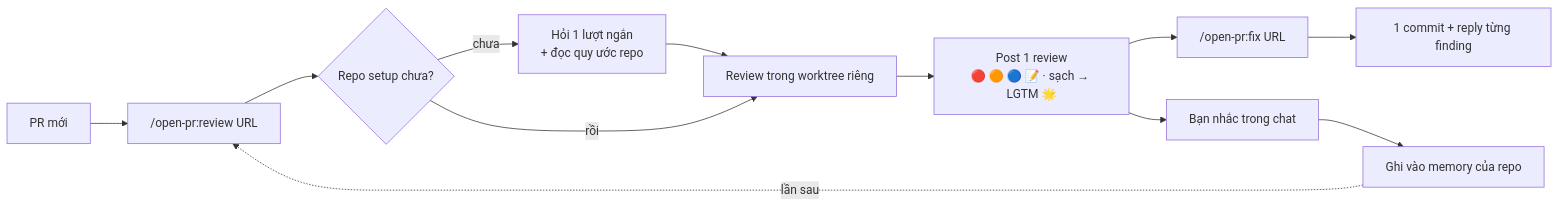
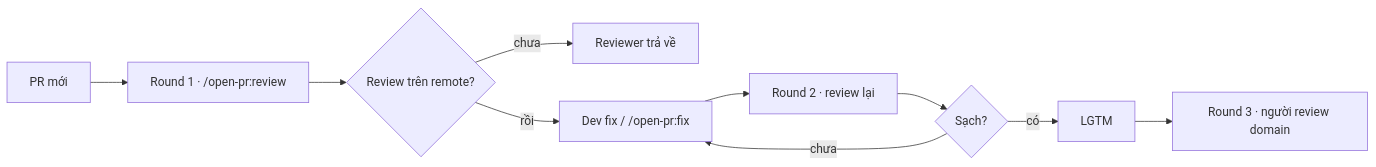
Before and after one commit to TOMOSIA-VIETNAM/open-pr: the diagram in README.vi.md, drawn with Mermaid. The commit also changed other lines of this file, not shown here.

````diff
--- a/README.vi.md
+++ b/README.vi.md
@@ -52,12 +94,12 @@
 ```mermaid
 flowchart LR
-  A[PR mới] --> B["/open-pr:review URL"]
-  B --> C{Repo setup chưa?}
-  C -- chưa --> D["Hỏi 1 lượt ngắn<br/>+ đọc quy ước repo"]
-  D --> E[Review trong worktree riêng]
-  C -- rồi --> E
-  E --> F["Post 1 review<br/>🔴 🟠 🔵 📝 · sạch → LGTM 🌟"]
-  F --> G["/open-pr:fix URL"] --> H["1 commit + reply từng finding"]
-  F --> I["Bạn nhắc trong chat"] --> J["Ghi vào memory của repo"]
-  J -. lần sau .-> B
+  A[PR mới] --> B["Round 1 · /open-pr:review"]
+  B --> C{Review trên remote?}
+  C -- chưa --> D[Reviewer trả về]
+  C -- rồi --> E[Dev fix / /open-pr:fix]
+  E --> F["Round 2 · review lại"]
+  F --> G{Sạch?}
+  G -- có --> H[LGTM]
+  G -- chưa --> E
+  H --> I[Round 3 · người review domain]
 ```
````
